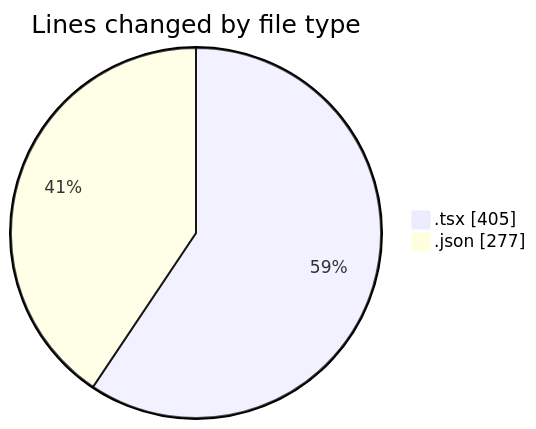
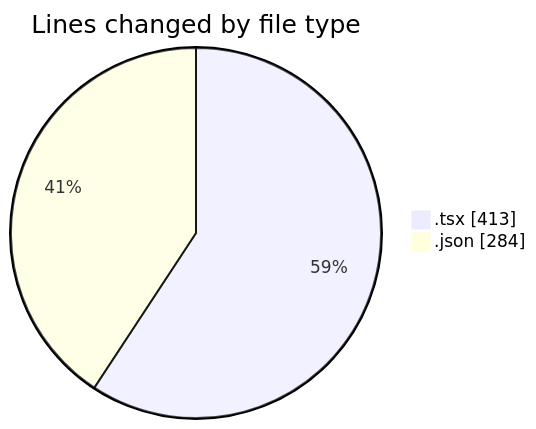
The first of 2 diagrams in 2025-05-04/niten/README.md (Elitesun/code-tracking), drawn with Mermaid before and after one commit. The commit also changed other lines of this file and 1 other file, not shown here.

````diff
--- a/2025-05-04/niten/README.md
+++ b/2025-05-04/niten/README.md
@@ -28,6 +30,6 @@
 ```mermaid
 pie showData
 title Lines changed by file type
-".tsx" : 405
-".json" : 277
+".tsx" : 413
+".json" : 284
 ```
````
